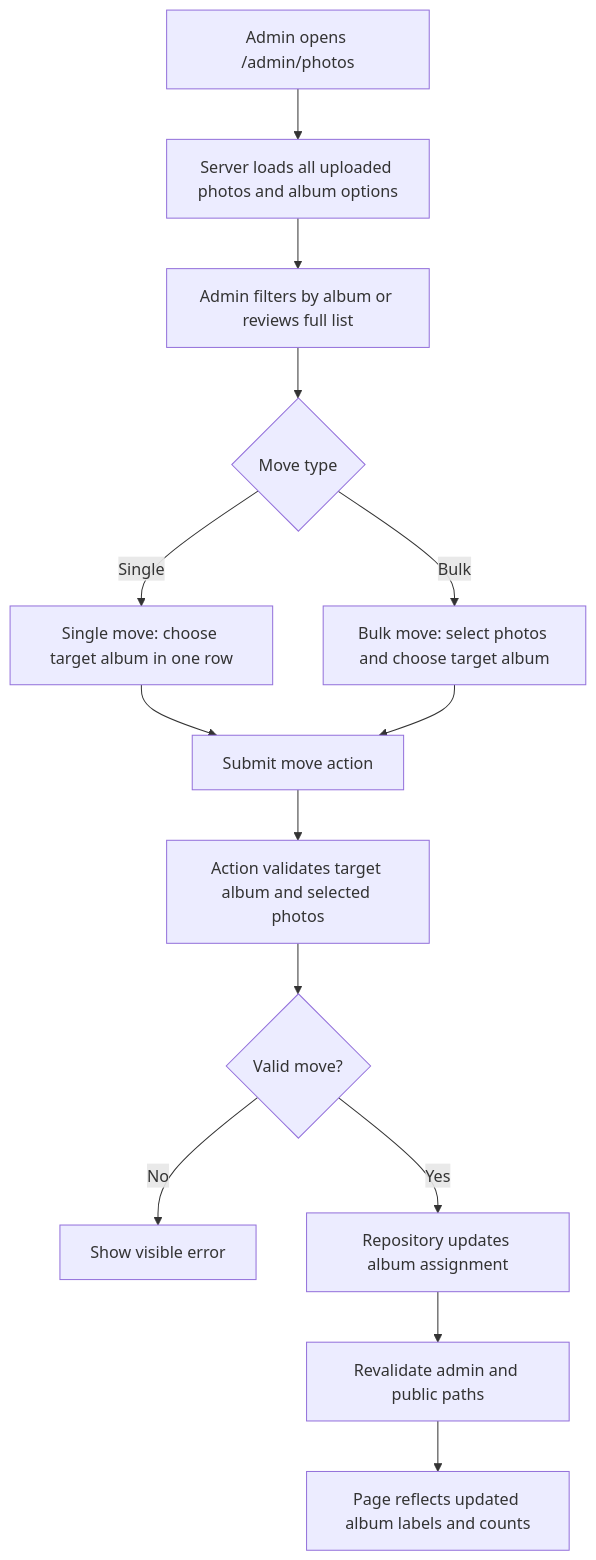
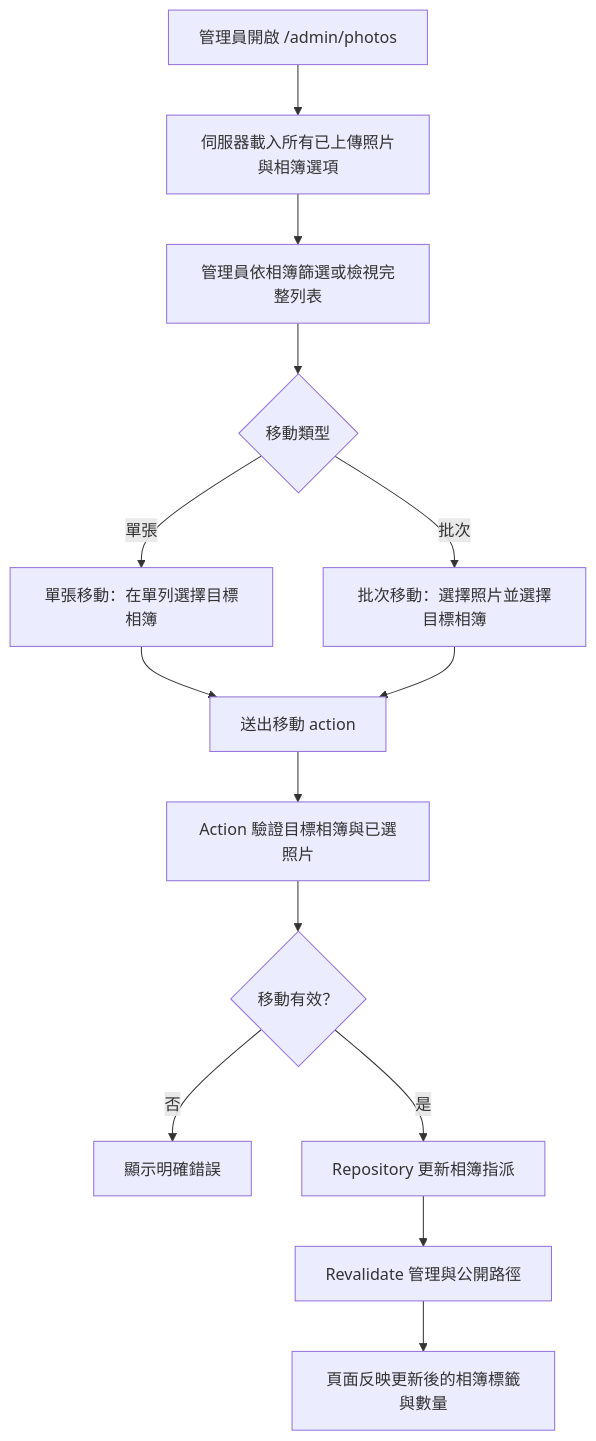
The third of 4 diagrams in docs/superpowers/plans/2026-04-13-admin-multipage-photo-management-implementation-plan.md (summer51202/expose), drawn with Mermaid before and after one commit. The commit also changed other lines of this file and 1 other file, not shown here.

Commit message:
docs: sync admin upload batch plans

````diff
--- a/docs/superpowers/plans/2026-04-13-admin-multipage-photo-management-implementation-plan.md
+++ b/docs/superpowers/plans/2026-04-13-admin-multipage-photo-management-implementation-plan.md
@@ -125,23 +125,23 @@
 ```mermaid
 flowchart TD
-  start[Admin opens /admin/photos]
-  load[Server loads all uploaded photos and album options]
-  review[Admin filters by album or reviews full list]
-  mode{Move type}
-  single[Single move: choose target album in one row]
-  bulk[Bulk move: select photos and choose target album]
-  submit[Submit move action]
-  validate[Action validates target album and selected photos]
-  valid{Valid move?}
-  error[Show visible error]
-  update[Repository updates album assignment]
-  revalidate[Revalidate admin and public paths]
-  refreshed[Page reflects updated album labels and counts]
+  start[管理員開啟 /admin/photos]
+  load[伺服器載入所有已上傳照片與相簿選項]
+  review[管理員依相簿篩選或檢視完整列表]
+  mode{移動類型}
+  single[單張移動：在單列選擇目標相簿]
+  bulk[批次移動：選擇照片並選擇目標相簿]
+  submit[送出移動 action]
+  validate[Action 驗證目標相簿與已選照片]
+  valid{移動有效？}
+  error[顯示明確錯誤]
+  update[Repository 更新相簿指派]
+  revalidate[Revalidate 管理與公開路徑]
+  refreshed[頁面反映更新後的相簿標籤與數量]
 
   start --> load --> review --> mode
-  mode -- Single --> single --> submit
-  mode -- Bulk --> bulk --> submit
+  mode -- 單張 --> single --> submit
+  mode -- 批次 --> bulk --> submit
   submit --> validate --> valid
-  valid -- No --> error
-  valid -- Yes --> update --> revalidate --> refreshed
+  valid -- 否 --> error
+  valid -- 是 --> update --> revalidate --> refreshed
 ```
````
